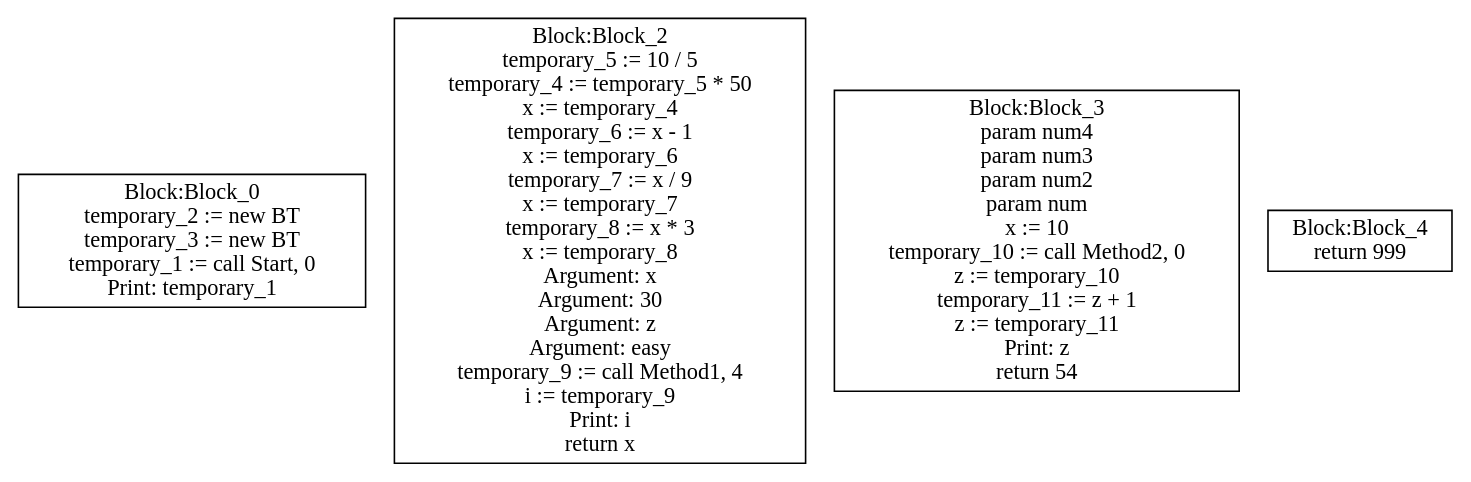
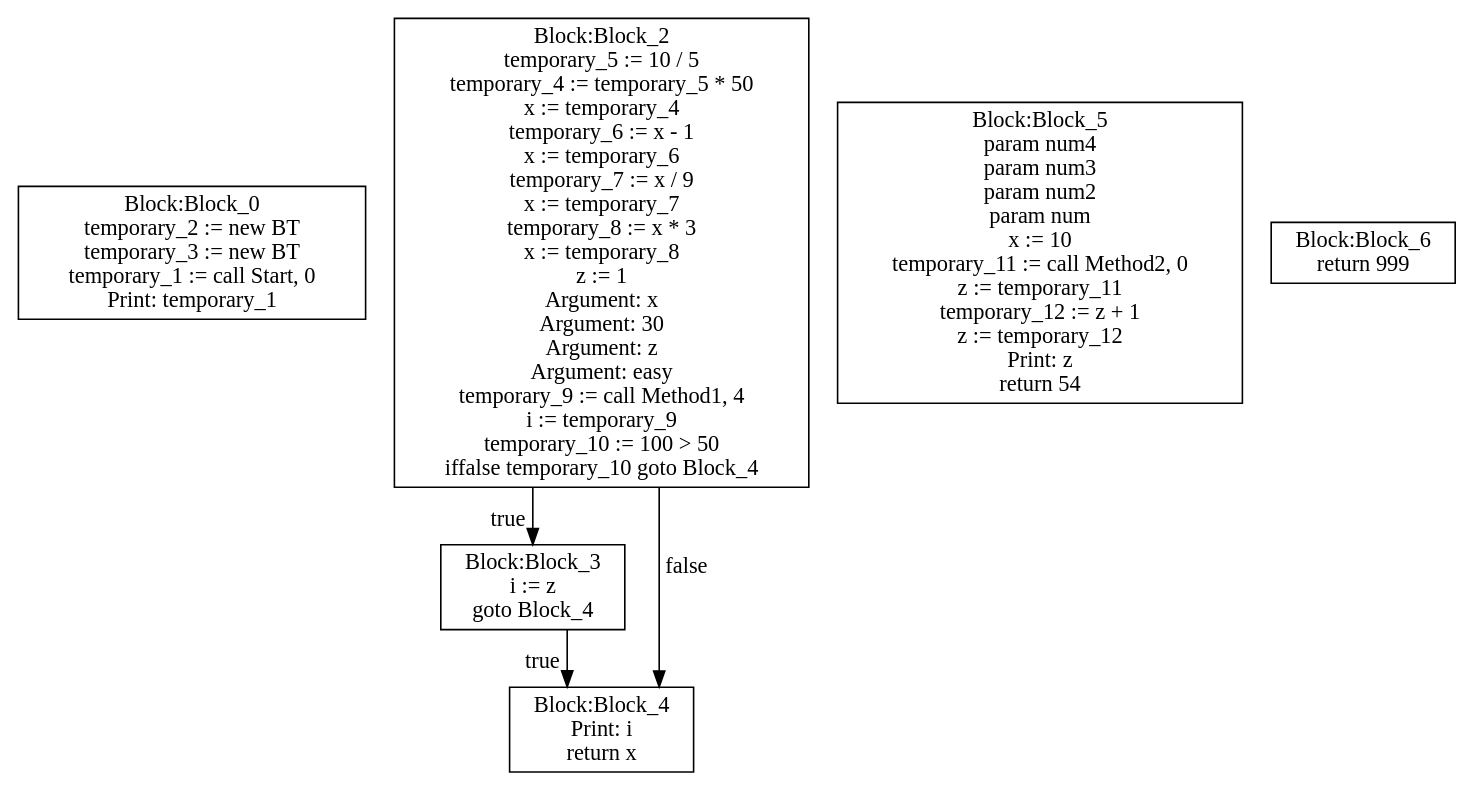
Before and after one commit to moondog-matthew/compiler-dv1655: the diagram in lab3/CFG-tree.dot, drawn with Graphviz. The commit also changed 5 other files, not shown here.

```diff
--- a/lab3/CFG-tree.dot
+++ b/lab3/CFG-tree.dot
@@ -1,41 +1,54 @@
 digraph {
 graph [ splines = ortho ]
 	node [ shape = box ];
 Block_0 [label="Block:Block_0
 temporary_2 := new BT
 temporary_3 := new BT
 temporary_1 := call Start, 0
 Print: temporary_1"];
 Block_2 [label="Block:Block_2
 temporary_5 := 10 / 5
 temporary_4 := temporary_5 * 50
 x := temporary_4
 temporary_6 := x - 1
 x := temporary_6
 temporary_7 := x / 9
 x := temporary_7
 temporary_8 := x * 3
 x := temporary_8
+z := 1
 Argument: x
 Argument: 30
 Argument: z
 Argument: easy
 temporary_9 := call Method1, 4
 i := temporary_9
+temporary_10 := 100 > 50
+iffalse temporary_10 goto Block_4"];
+Block_2 -> Block_3 [xlabel = "true"]
+Block_3 [label="Block:Block_3
+i := z
+goto Block_4"];
+Block_3 -> Block_4 [xlabel = "true"]
+Block_4 [label="Block:Block_4
 Print: i
 return x"];
-Block_3 [label="Block:Block_3
+Block_2 -> Block_4 [xlabel = "false"]
+Block_4 [label="Block:Block_4
+Print: i
+return x"];
+Block_5 [label="Block:Block_5
 param num4
 param num3
 param num2
 param num
 x := 10
-temporary_10 := call Method2, 0
-z := temporary_10
-temporary_11 := z + 1
+temporary_11 := call Method2, 0
 z := temporary_11
+temporary_12 := z + 1
+z := temporary_12
 Print: z
 return 54"];
-Block_4 [label="Block:Block_4
+Block_6 [label="Block:Block_6
 return 999"];
 }
```
